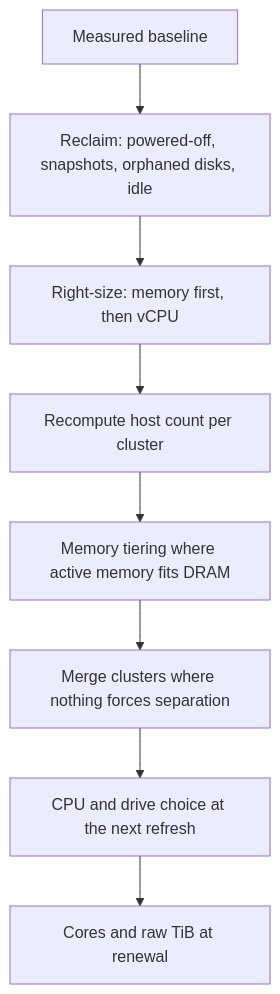
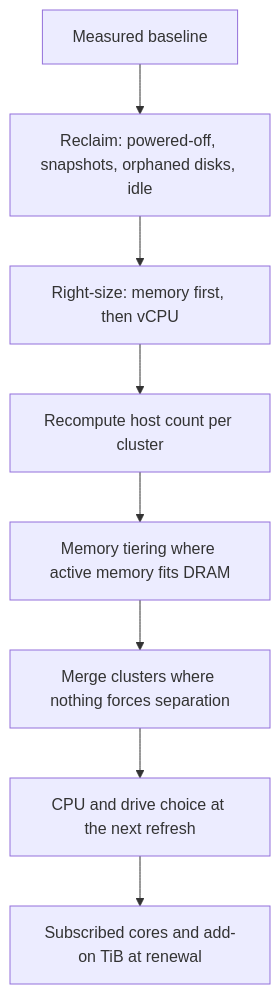
The diagram in src/content/articles/value/building-the-cost-case.mdx (djoleradikod/djonko.dev), drawn with Mermaid before and after one commit. The commit also changed other lines of this file and 5 other files, not shown here.

````diff
--- a/src/content/articles/value/building-the-cost-case.mdx
+++ b/src/content/articles/value/building-the-cost-case.mdx
@@ -49,10 +119,10 @@
 ```mermaid
 flowchart TD
   A[Measured baseline] --> B[Reclaim: powered-off, snapshots, orphaned disks, idle]
   B --> C[Right-size: memory first, then vCPU]
   C --> D[Recompute host count per cluster]
   D --> E[Memory tiering where active memory fits DRAM]
   E --> F[Merge clusters where nothing forces separation]
   F --> G[CPU and drive choice at the next refresh]
-  G --> H[Cores and raw TiB at renewal]
+  G --> H[Subscribed cores and add-on TiB at renewal]
 ```
````
